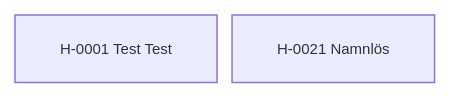
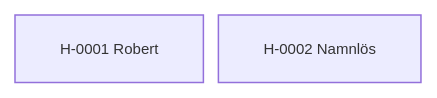
Before and after one commit to awoltmp/horse-registry: the diagram in content/02. Register/02.3 Stamtavlor/Fristående hästar.md, drawn with Mermaid. The commit also changed other lines of this file and 57 other files, not shown here.

````diff
--- a/content/02. Register/02.3 Stamtavlor/Fristående hästar.md
+++ b/content/02. Register/02.3 Stamtavlor/Fristående hästar.md
@@ -23,7 +23,7 @@
 ```mermaid
 %%{init: {"flowchart": {"nodeSpacing": 10, "rankSpacing": 18, "curve": "basis", "htmlLabels": true}, "themeVariables": {"fontSize": "10px"}}}%%
 flowchart TB
-    h0["H-0001 Test Test"]
-    h1["H-0021 Namnlös"]
+    h0["H-0001 Robert"]
+    h1["H-0002 Namnlös"]
     class h0,h1 internal-link;
 ```
````
